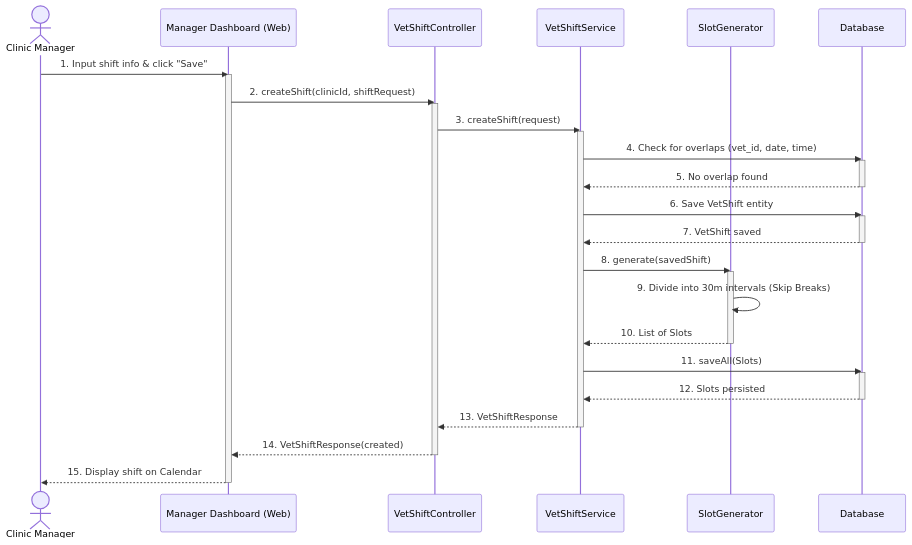
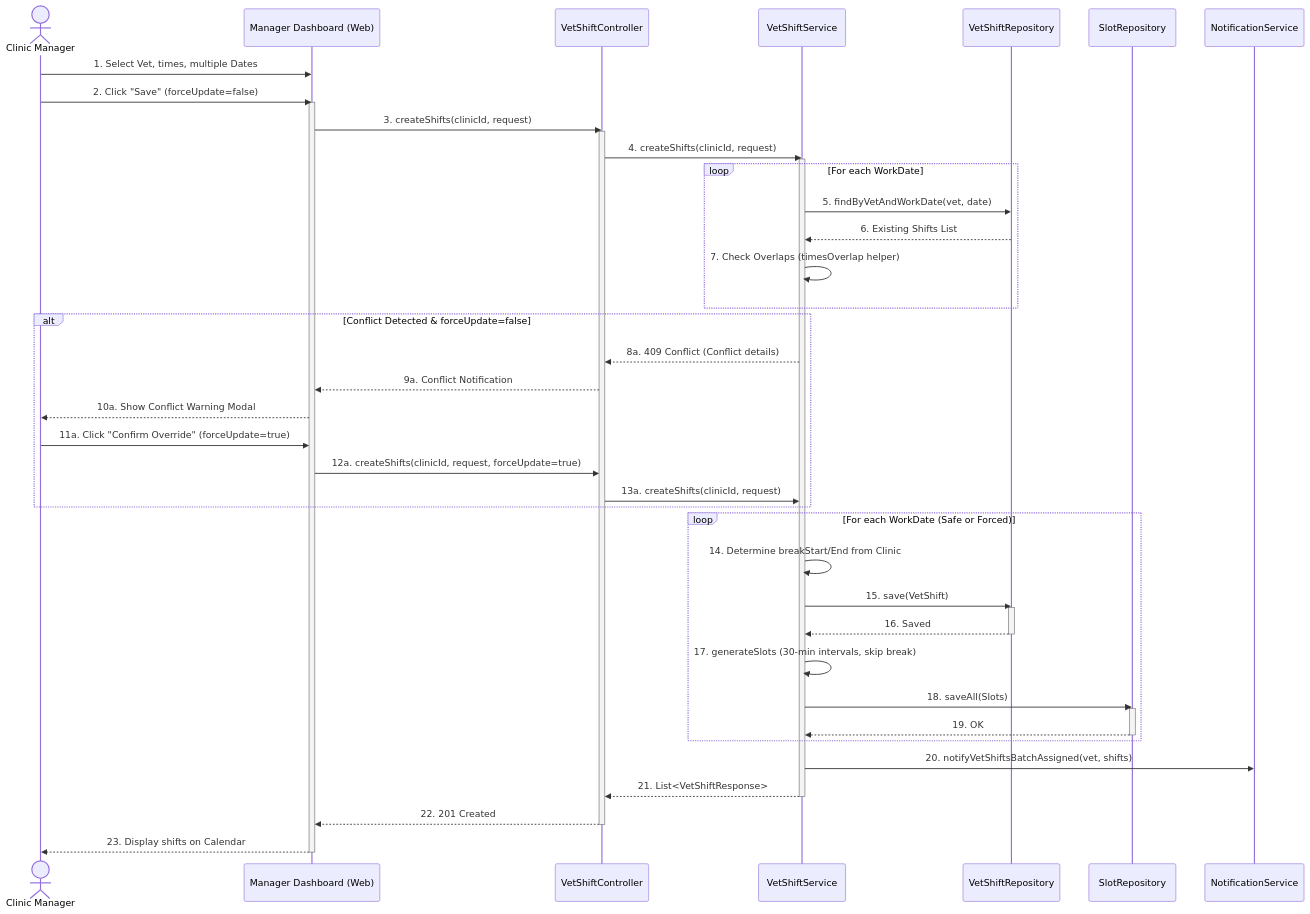
Before and after one commit to espresso23/Petties-Veterinary-Appointment-Booking-Platform: diagram 29 of 40 in docs-references/documentation/SDD/REPORT_4_SDD_SYSTEM_DESIGN.md, drawn with Mermaid. The commit also changed other lines of this file and 132 other files, not shown here.

Commit message:
feat: implement VetShift scheduling, real-time notifications (SSE/FCM), and UI improvements

````diff
--- a/docs-references/documentation/SDD/REPORT_4_SDD_SYSTEM_DESIGN.md
+++ b/docs-references/documentation/SDD/REPORT_4_SDD_SYSTEM_DESIGN.md
@@ -1570,39 +2079,51 @@
 ```mermaid
 sequenceDiagram
     actor M as Clinic Manager
     participant UI as Manager Dashboard (Web)
     participant C as VetShiftController
     participant S as VetShiftService
-    participant G as SlotGenerator
-    participant DB as Database
+    participant VSR as VetShiftRepository
+    participant SR as SlotRepository
+    participant NS as NotificationService
 
-    M->>UI: 1. Input shift info & click "Save"
+    M->>UI: 1. Select Vet, times, multiple Dates
+    M->>UI: 2. Click "Save" (forceUpdate=false)
     activate UI
-    UI->>C: 2. createShift(clinicId, shiftRequest)
+    UI->>C: 3. createShifts(clinicId, request)
     activate C
-    C->>S: 3. createShift(request)
+    C->>S: 4. createShifts(clinicId, request)
     activate S
-    S->>DB: 4. Check for overlaps (vet_id, date, time)
-    activate DB
-    DB-->>S: 5. No overlap found
-    deactivate DB
-    S->>DB: 6. Save VetShift entity
-    activate DB
-    DB-->>S: 7. VetShift saved
-    deactivate DB
-    S->>G: 8. generate(savedShift)
-    activate G
-    G->>G: 9. Divide into 30m intervals (Skip Breaks)
-    G-->>S: 10. List of Slots
-    deactivate G
-    S->>DB: 11. saveAll(Slots)
-    activate DB
-    DB-->>S: 12. Slots persisted
-    deactivate DB
-    S-->>C: 13. VetShiftResponse
+    loop For each WorkDate
+        S->>VSR: 5. findByVetAndWorkDate(vet, date)
+        VSR-->>S: 6. Existing Shifts List
+        S->>S: 7. Check Overlaps (timesOverlap helper)
+    end
+    alt Conflict Detected & forceUpdate=false
+        S-->>C: 8a. 409 Conflict (Conflict details)
+        C-->>UI: 9a. Conflict Notification
+        UI-->>M: 10a. Show Conflict Warning Modal
+        M->>UI: 11a. Click "Confirm Override" (forceUpdate=true)
+        UI->>C: 12a. createShifts(clinicId, request, forceUpdate=true)
+        C->>S: 13a. createShifts(clinicId, request)
+    end
+    
+    loop For each WorkDate (Safe or Forced)
+        S->>S: 14. Determine breakStart/End from Clinic
+        S->>VSR: 15. save(VetShift)
+        activate VSR
+        VSR-->>S: 16. Saved
+        deactivate VSR
+        S->>S: 17. generateSlots (30-min intervals, skip break)
+        S->>SR: 18. saveAll(Slots)
+        activate SR
+        SR-->>S: 19. OK
+        deactivate SR
+    end
+    S->>NS: 20. notifyVetShiftsBatchAssigned(vet, shifts)
+    S-->>C: 21. List<VetShiftResponse>
     deactivate S
-    C-->>UI: 14. VetShiftResponse(created)
+    C-->>UI: 22. 201 Created
     deactivate C
-    UI-->>M: 15. Display shift on Calendar
+    UI-->>M: 23. Display shifts on Calendar
     deactivate UI
 ```
````
